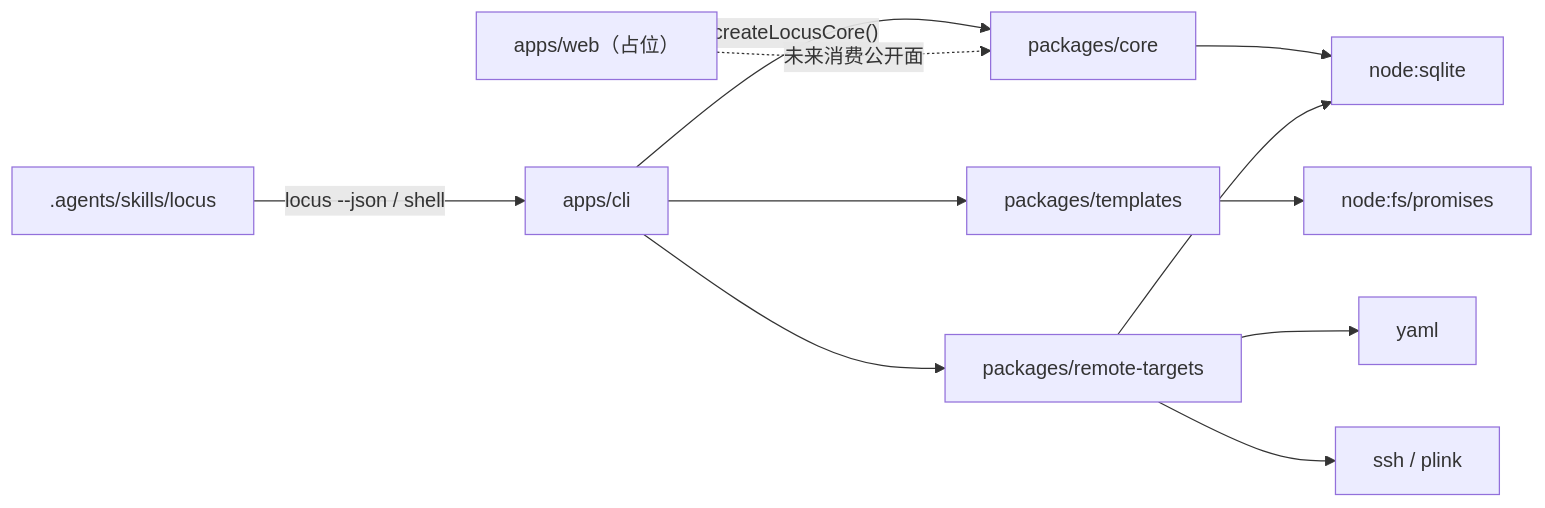
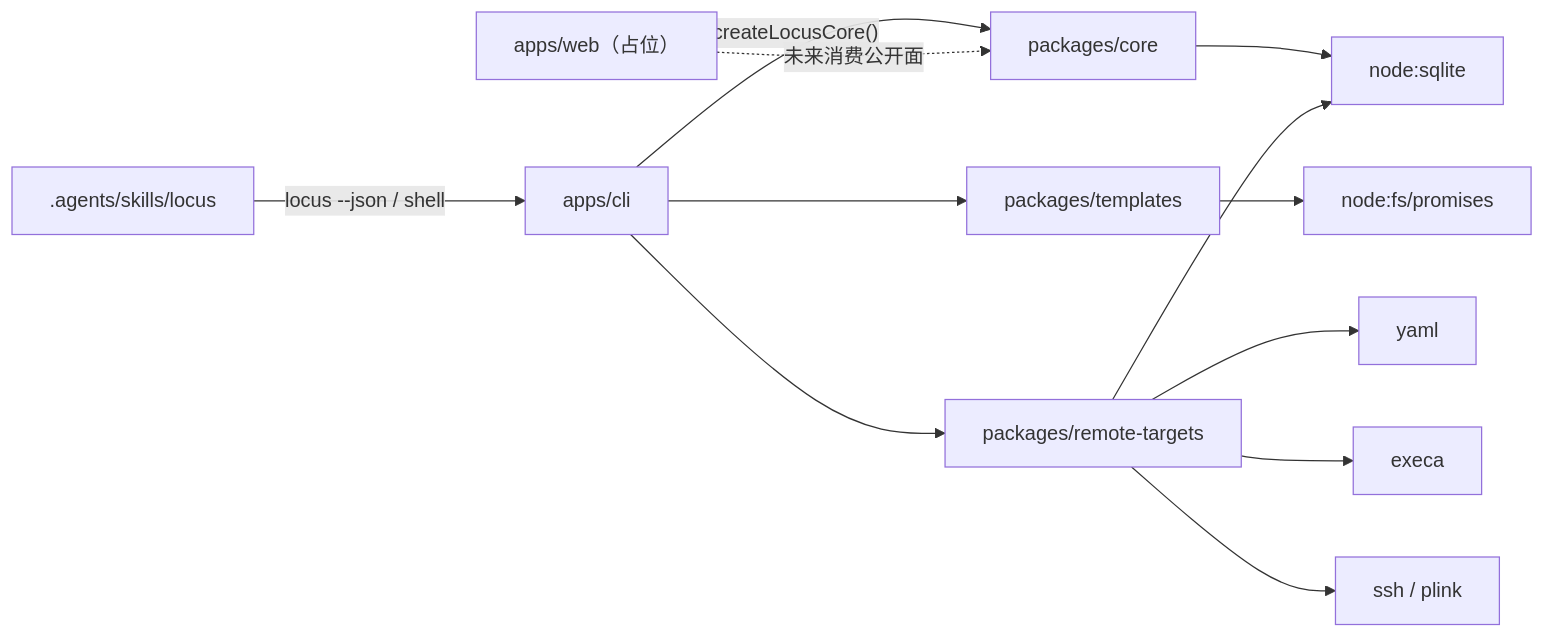
The diagram in docs/architecture.md (SWdrift/locus-workspace), drawn with Mermaid before and after one commit. The commit also changed other lines of this file and 5 other files, not shown here.

````diff
--- a/docs/architecture.md
+++ b/docs/architecture.md
@@ -24,13 +24,14 @@
 ```mermaid
 flowchart LR
     CLI["apps/cli"] -->|"createLocusCore()"| CORE["packages/core"]
     SKILL[".agents/skills/locus"] -->|"locus --json / shell"| CLI
     CORE --> SQLITE["node:sqlite"]
     CLI --> TPL["packages/templates"]
     TPL --> FS["node:fs/promises"]
     CLI --> RT["packages/remote-targets"]
     RT --> YAML["yaml"]
+    RT --> EXECA["execa"]
     RT --> SQLITE
     RT --> SSH["ssh / plink"]
     WEB["apps/web（占位）"] -.->|"未来消费公开面"| CORE
 ```
````
